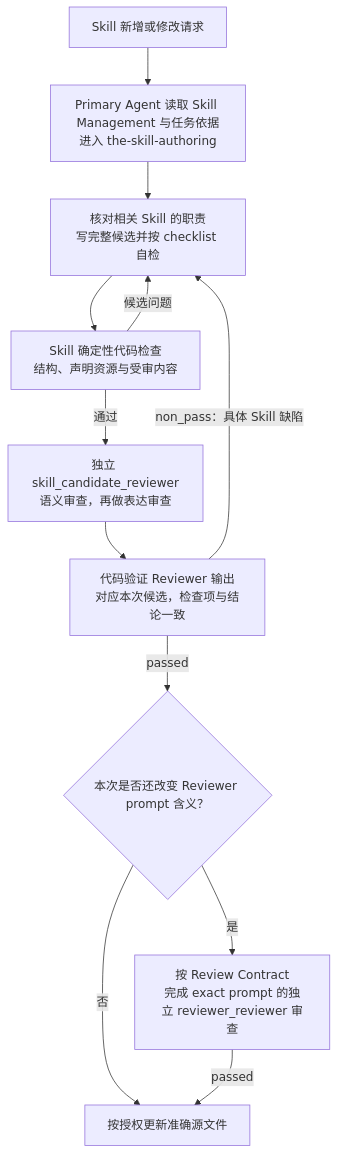
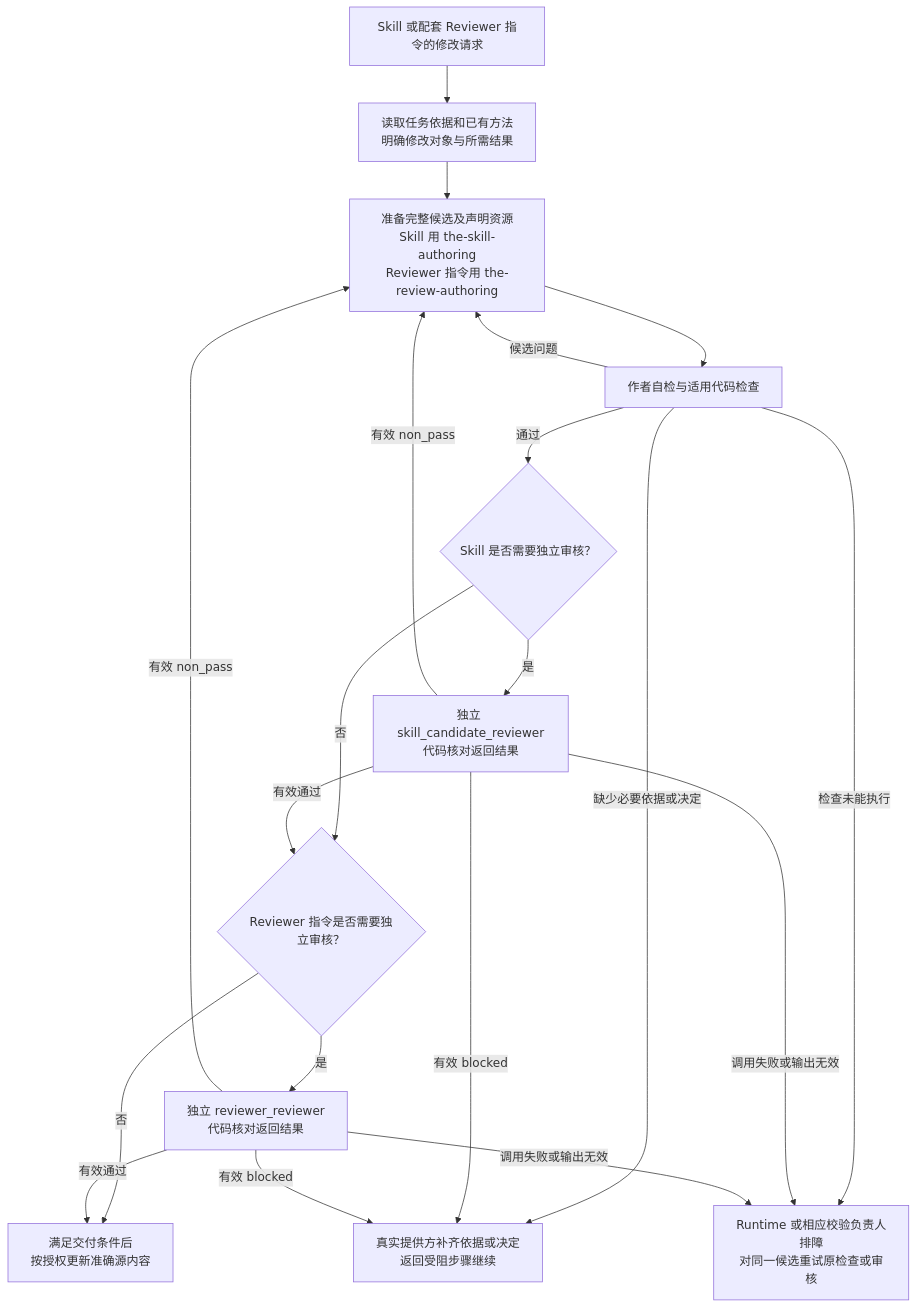
The diagram in 09_soul/governance/t0/the_skill_management.md (bobaoai/ai_project_management_framework), drawn with Mermaid before and after one commit. The commit also changed other lines of this file and 103 other files, not shown here.

````diff
--- a/09_soul/governance/t0/the_skill_management.md
+++ b/09_soul/governance/t0/the_skill_management.md
@@ -32,14 +21,22 @@
 ```mermaid
 flowchart TD
-    R["Skill 新增或修改请求"] --> A["Primary Agent 读取 Skill Management 与任务依据<br/>进入 the-skill-authoring"]
-    A --> W["核对相关 Skill 的职责<br/>写完整候选并按 checklist 自检"]
-    W --> C["Skill 确定性代码检查<br/>结构、声明资源与受审内容"]
-    C -->|通过| E["独立 skill_candidate_reviewer<br/>语义审查，再做表达审查"]
-    E --> V["代码验证 Reviewer 输出<br/>对应本次候选，检查项与结论一致"]
-    V -->|passed| P{"本次是否还改变 Reviewer prompt 含义？"}
-    P -->|是| Q["按 Review Contract<br/>完成 exact prompt 的独立 reviewer_reviewer 审查"]
-    P -->|否| U["按授权更新准确源文件"]
-    Q -->|passed| U
+    R["Skill 或配套 Reviewer 指令的修改请求"] --> A["读取任务依据和已有方法<br/>明确修改对象与所需结果"]
+    A --> W["准备完整候选及声明资源<br/>Skill 用 the-skill-authoring<br/>Reviewer 指令用 the-review-authoring"]
+    W --> C["作者自检与适用代码检查"]
+    C -->|通过| S{"Skill 是否需要独立审核？"}
+    S -->|是| E["独立 skill_candidate_reviewer<br/>代码核对返回结果"]
+    S -->|否| P{"Reviewer 指令是否需要独立审核？"}
+    E -->|有效通过| P
+    P -->|是| Q["独立 reviewer_reviewer<br/>代码核对返回结果"]
+    P -->|否| U["满足交付条件后<br/>按授权更新准确源内容"]
+    Q -->|有效通过| U
     C -->|候选问题| W
-    V -->|non_pass：具体 Skill 缺陷| W
+    C -->|缺少必要依据或决定| B
+    C -->|检查未能执行| X
+    E -->|有效 non_pass| W
+    Q -->|有效 non_pass| W
+    E -->|有效 blocked| B["真实提供方补齐依据或决定<br/>返回受阻步骤继续"]
+    Q -->|有效 blocked| B
+    E -->|调用失败或输出无效| X["Runtime 或相应校验负责人排障<br/>对同一候选重试原检查或审核"]
+    Q -->|调用失败或输出无效| X
 ```
````
